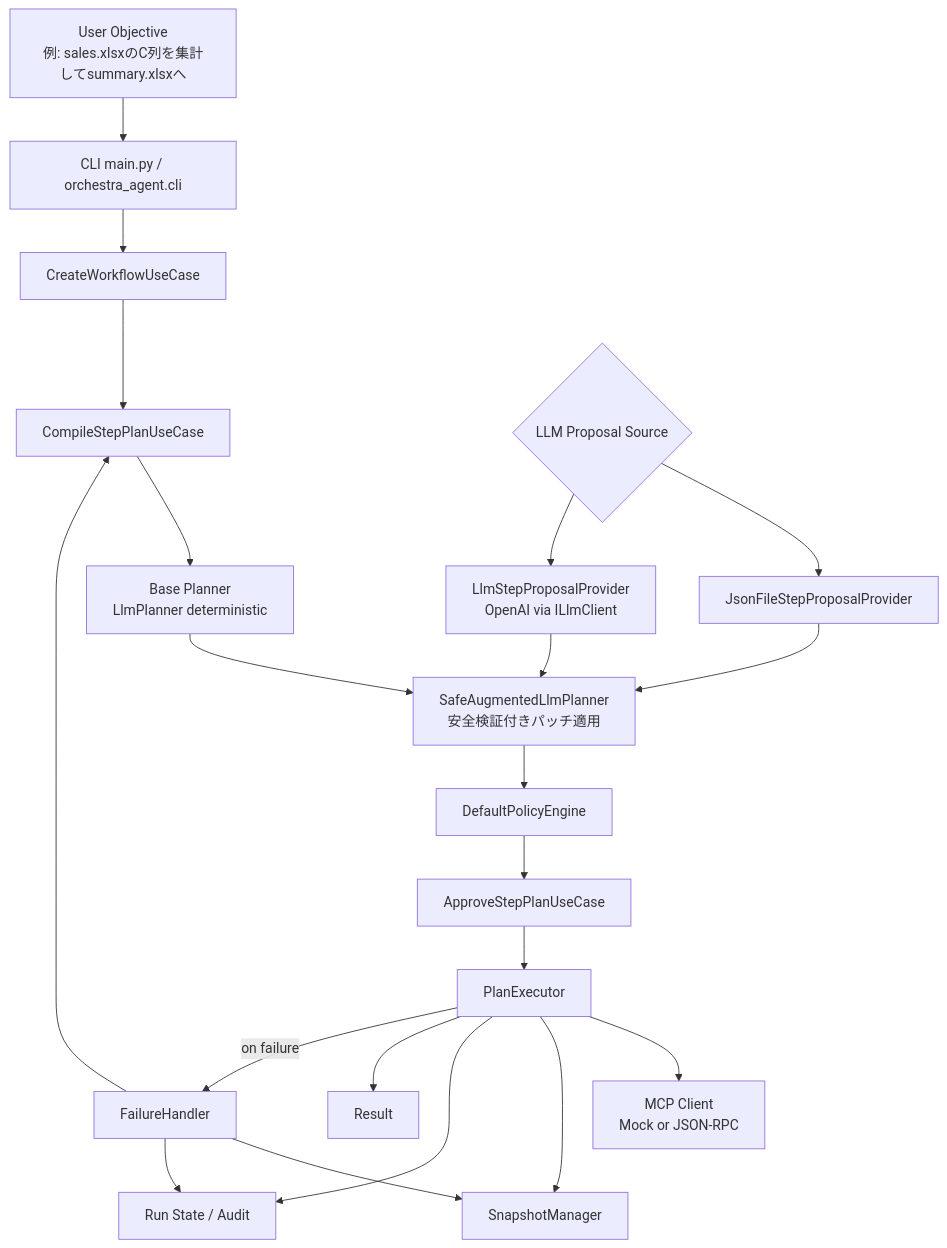
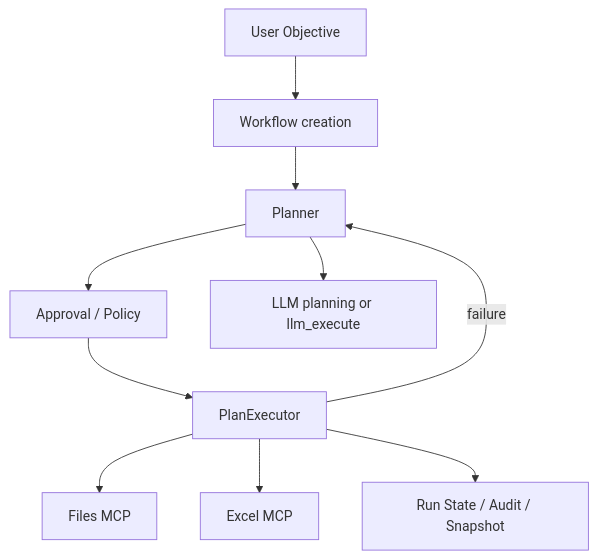
The diagram in docs/current-status.md (n4304-ndensan/orchestra-agent), drawn with Mermaid before and after one commit. The commit also changed other lines of this file and 42 other files, not shown here.

````diff
--- a/docs/current-status.md
+++ b/docs/current-status.md
@@ -7,31 +45,19 @@
 ```mermaid
 flowchart TD
-    U[User Objective<br/>例: sales.xlsxのC列を集計してsummary.xlsxへ]
-    CLI[CLI main.py / orchestra_agent.cli]
-    CW[CreateWorkflowUseCase]
-    CP[CompileStepPlanUseCase]
-    BP[Base Planner<br/>LlmPlanner deterministic]
-    LP{LLM Proposal Source}
-    PF[JsonFileStepProposalProvider]
-    PO[LlmStepProposalProvider<br/>OpenAI via ILlmClient]
-    SP[SafeAugmentedLlmPlanner<br/>安全検証付きパッチ適用]
-    PE[DefaultPolicyEngine]
-    AP[ApproveStepPlanUseCase]
+    U[User Objective]
+    WF[Workflow creation]
+    PL[Planner]
+    AP[Approval / Policy]
     EX[PlanExecutor]
-    MCP[MCP Client<br/>Mock or JSON-RPC]
-    SS[SnapshotManager]
-    FH[FailureHandler]
-    RS[Run State / Audit]
-    OUT[Result]
+    AI[LLM planning or llm_execute]
+    MCPF[Files MCP]
+    MCPE[Excel MCP]
+    AUDIT[Run State / Audit / Snapshot]
 
-    U --> CLI --> CW --> CP --> BP --> SP --> PE --> AP --> EX
-    LP --> PF --> SP
-    LP --> PO --> SP
-    EX --> MCP
-    EX --> SS
-    EX --> RS
-    EX --> OUT
-    EX -->|on failure| FH --> SS
-    FH --> CP
-    FH --> RS
+    U --> WF --> PL --> AP --> EX
+    PL --> AI
+    EX --> MCPF
+    EX --> MCPE
+    EX --> AUDIT
+    EX -->|failure| PL
 ```
````
